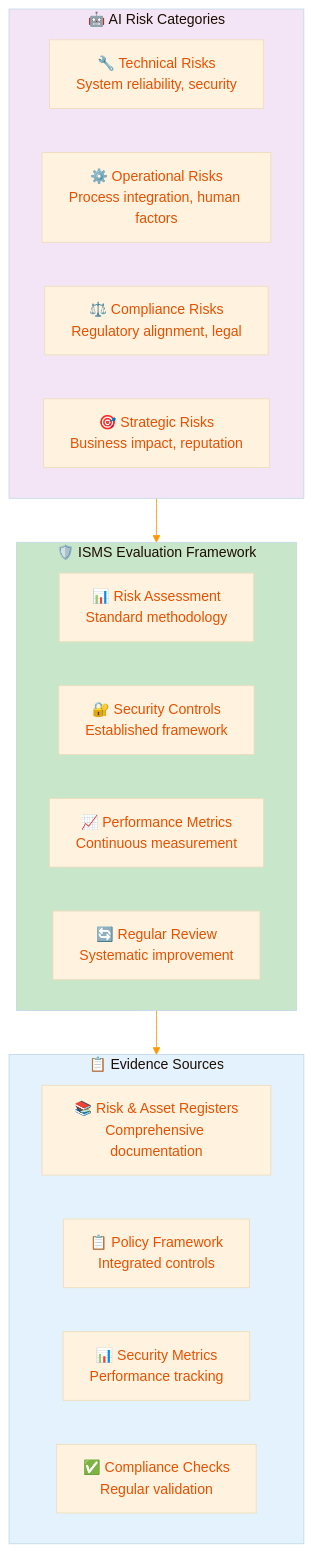
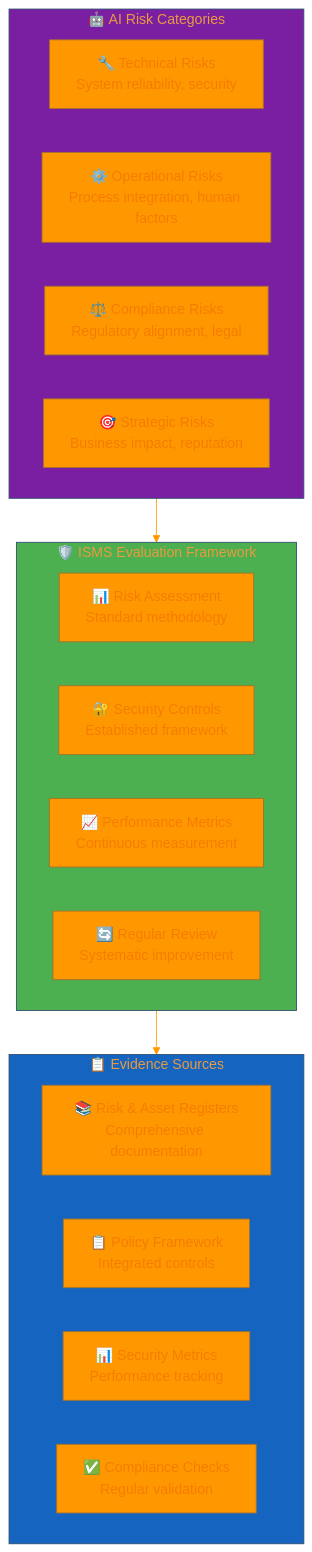
Before and after one commit to Hack23/ISMS-PUBLIC: the third of 7 diagrams in AI_Policy.md, drawn with Mermaid. The commit also changed other lines of this file, not shown here.

````diff
--- a/AI_Policy.md
+++ b/AI_Policy.md
@@ -209,42 +209,42 @@
 ```mermaid
 %%{
   init: {
     'theme': 'base',
     'themeVariables': {
-      'primaryColor': '#fff3e0',
-      'primaryTextColor': '#e65100',
+      'primaryColor': '#FF9800',
+      'primaryTextColor': '#F57C00',
       'lineColor': '#ff9800',
-      'secondaryColor': '#e8f5e9',
-      'tertiaryColor': '#e3f2fd'
+      'secondaryColor': '#4CAF50',
+      'tertiaryColor': '#1565C0'
     }
   }
 }%%
 graph TD
     subgraph AI_RISKS["🤖 AI Risk Categories"]
         TECHNICAL[🔧 Technical Risks<br/>System reliability, security]
         OPERATIONAL[⚙️ Operational Risks<br/>Process integration, human factors]
         COMPLIANCE[⚖️ Compliance Risks<br/>Regulatory alignment, legal]
         STRATEGIC[🎯 Strategic Risks<br/>Business impact, reputation]
     end
     
     subgraph ISMS_EVALUATION["🛡️ ISMS Evaluation Framework"]
         RISK_ASSESS[📊 Risk Assessment<br/>Standard methodology]
         CONTROLS[🔐 Security Controls<br/>Established framework]
         MONITORING[📈 Performance Metrics<br/>Continuous measurement]
         REVIEW[🔄 Regular Review<br/>Systematic improvement]
     end
     
     subgraph EVIDENCE["📋 Evidence Sources"]
         REGISTERS[📚 Risk & Asset Registers<br/>Comprehensive documentation]
         POLICIES[📋 Policy Framework<br/>Integrated controls]
         METRICS[📊 Security Metrics<br/>Performance tracking]
         AUDITS[✅ Compliance Checks<br/>Regular validation]
     end
     
     AI_RISKS --> ISMS_EVALUATION
     ISMS_EVALUATION --> EVIDENCE
     
-    style AI_RISKS fill:#f3e5f5
-    style ISMS_EVALUATION fill:#c8e6c9
-    style EVIDENCE fill:#e3f2fd
+    style AI_RISKS fill:#7B1FA2
+    style ISMS_EVALUATION fill:#4CAF50
+    style EVIDENCE fill:#1565C0
 ```
````
